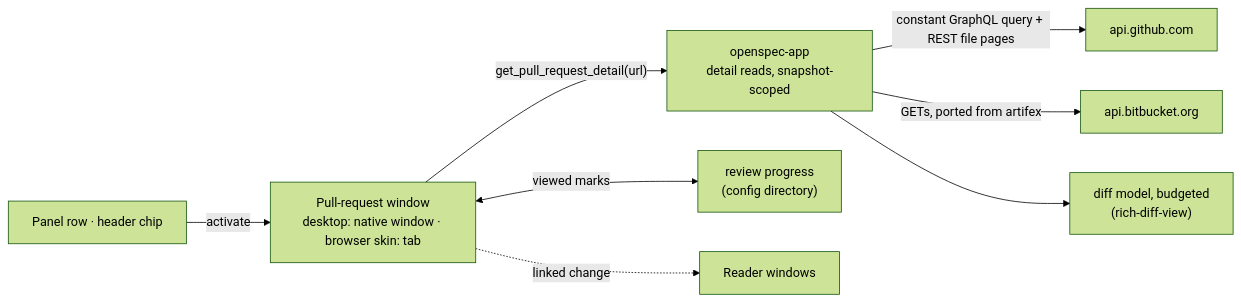
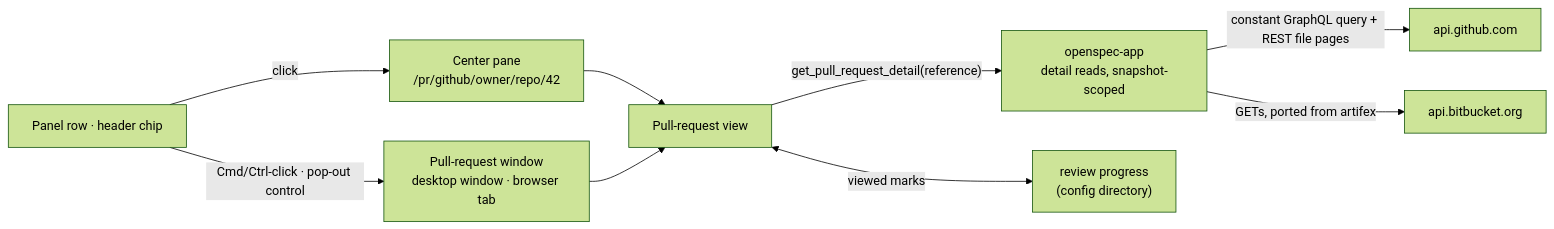
The diagram in openspec/changes/pull-request-viewer/proposal.md (avantmedialtd/specforge), drawn with Mermaid (forest theme) before and after one commit. The commit also changed other lines of this file and 3 other files, not shown here.

First line of the commit message:
docs(openspec): open a pull request the way a document opens

````diff
--- a/openspec/changes/pull-request-viewer/proposal.md
+++ b/openspec/changes/pull-request-viewer/proposal.md
@@ -16,10 +16,11 @@
 ```mermaid
 flowchart LR
-  R["Panel row · header chip"] -- activate --> W["Pull-request window<br/>desktop: native window · browser skin: tab"]
-  W -- "get_pull_request_detail(url)" --> S["openspec-app<br/>detail reads, snapshot-scoped"]
+  R["Panel row · header chip"] -- click --> C["Center pane<br/>/pr/github/owner/repo/42"]
+  R -- "Cmd/Ctrl-click · pop-out control" --> W["Pull-request window<br/>desktop window · browser tab"]
+  C --> V["Pull-request view"]
+  W --> V
+  V -- "get_pull_request_detail(reference)" --> S["openspec-app<br/>detail reads, snapshot-scoped"]
   S -- "constant GraphQL query + REST file pages" --> GH["api.github.com"]
   S -- "GETs, ported from artifex" --> BB["api.bitbucket.org"]
-  S --> D["diff model, budgeted<br/>(rich-diff-view)"]
-  W <-- "viewed marks" --> P["review progress<br/>(config directory)"]
-  W -. "linked change" .-> RW["Reader windows"]
+  V <-- "viewed marks" --> P["review progress<br/>(config directory)"]
 ```
````
